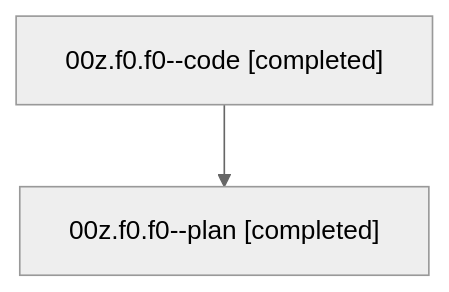
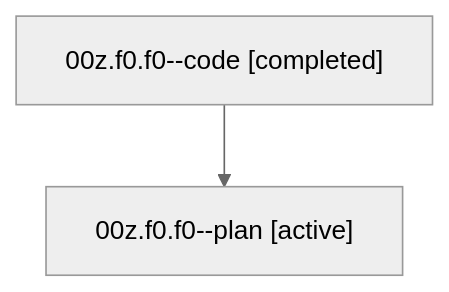
The diagram in families/bbugyi200.athena.00z.f0.f0.md (sase-org/sase--agents), drawn with Mermaid (neutral theme) before and after one commit. The commit also changed other lines of this file and 35830 other files, not shown here.

````diff
--- a/families/bbugyi200.athena.00z.f0.f0.md
+++ b/families/bbugyi200.athena.00z.f0.f0.md
@@ -9,6 +9,6 @@
 ```mermaid
 flowchart TD
   n0["00z.f0.f0--code [completed]"]
-  n1["00z.f0.f0--plan [completed]"]
+  n1["00z.f0.f0--plan [active]"]
   n0 --> n1
 ```
````
